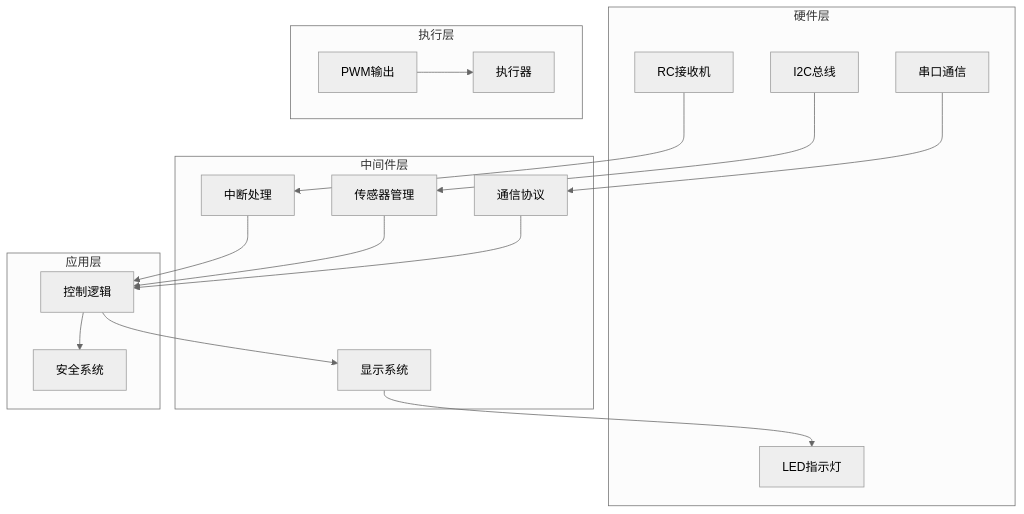
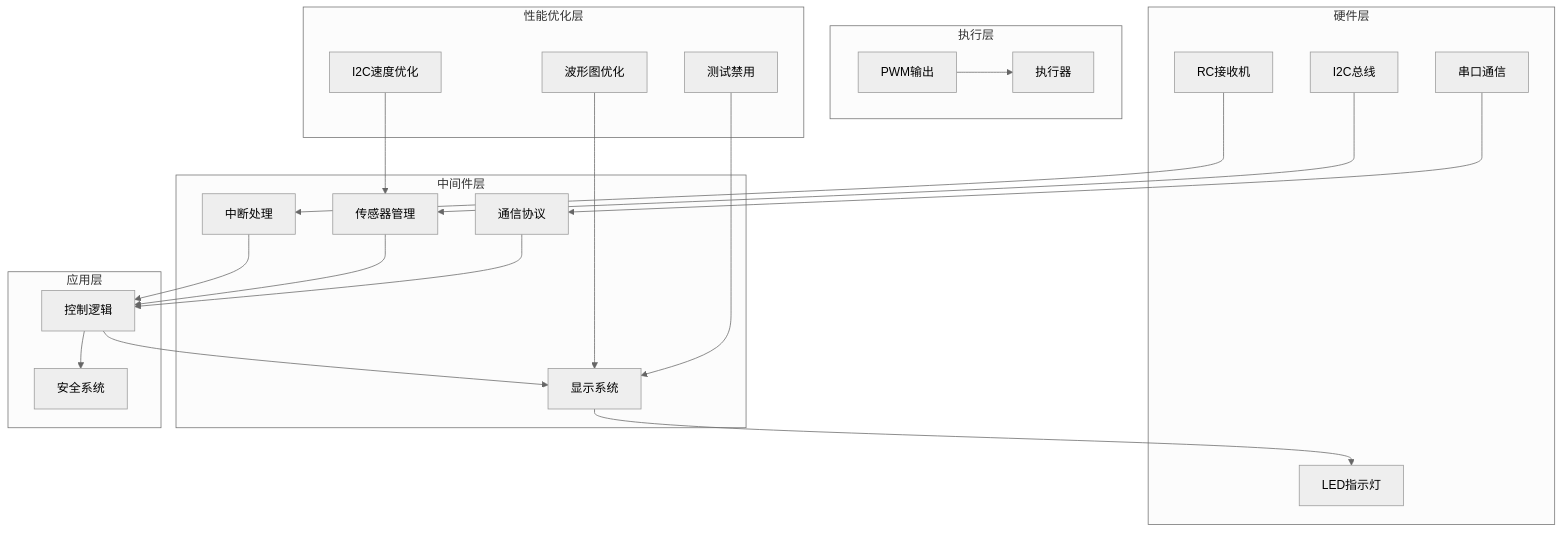
One commit to DonkeyDrift/Firmware changed diagram 21 of 21 in .qoder/repowiki/zh/content/核心功能模块/核心功能模块.md. Above: the diagram before and after it, drawn with Mermaid (neutral theme). The commit also changed other lines of this file and 9 other files, not shown here.

````diff
--- a/.qoder/repowiki/zh/content/核心功能模块/核心功能模块.md
+++ b/.qoder/repowiki/zh/content/核心功能模块/核心功能模块.md
@@ -599,33 +716,41 @@
 ```mermaid
 graph TB
 subgraph "硬件层"
 RC[RC接收机]
 I2C[I2C总线]
 UART[串口通信]
 LED[LED指示灯]
 end
 subgraph "中间件层"
 ISR[中断处理]
 SENSOR[传感器管理]
 COMM[通信协议]
 UI[显示系统]
 end
 subgraph "应用层"
 CONTROL[控制逻辑]
 SAFETY[安全系统]
 end
 subgraph "执行层"
 PWM[PWM输出]
 ACTUATORS[执行器]
 end
+subgraph "性能优化层"
+I2C_OPT[I2C速度优化]
+WAVE_OPT[波形图优化]
+TEST_SKIP[测试禁用]
+end
 RC --> ISR
 I2C --> SENSOR
+I2C_OPT --> SENSOR
 UART --> COMM
 ISR --> CONTROL
 SENSOR --> CONTROL
 COMM --> CONTROL
 CONTROL --> SAFETY
 CONTROL --> UI
 UI --> LED
 PWM --> ACTUATORS
+WAVE_OPT --> UI
+TEST_SKIP --> UI
 ```
````
